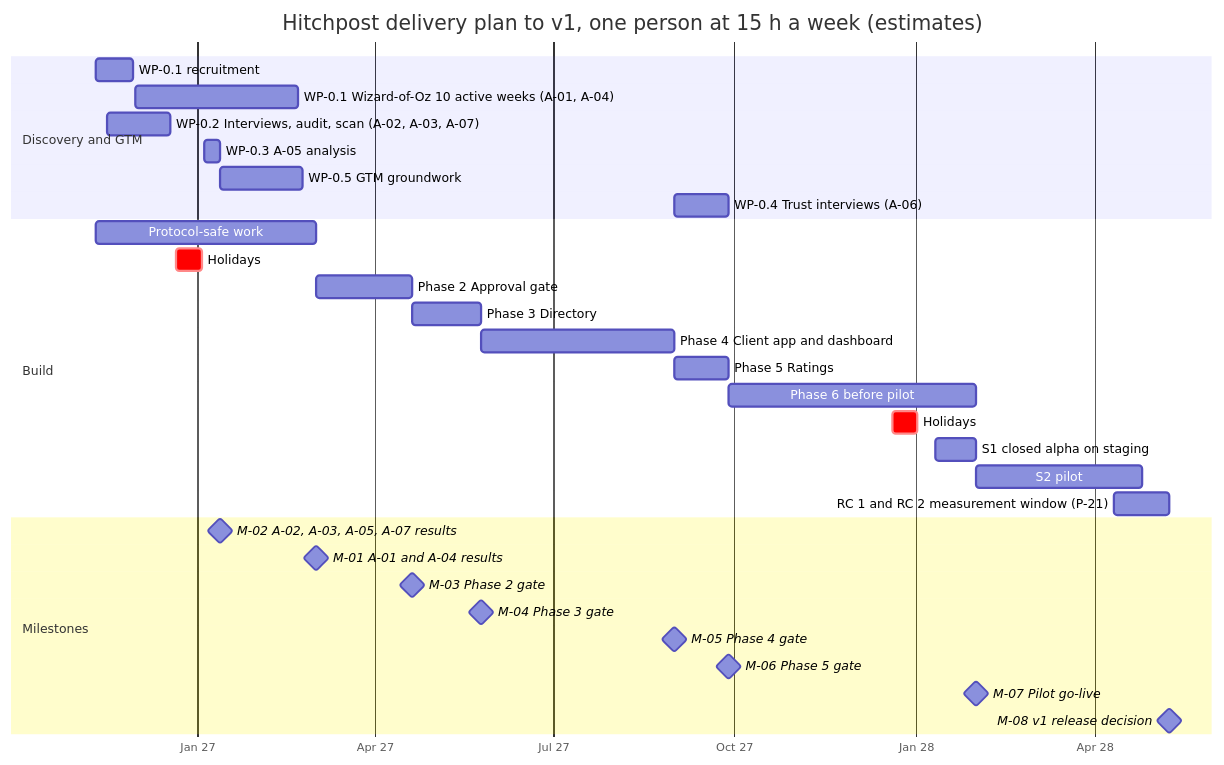
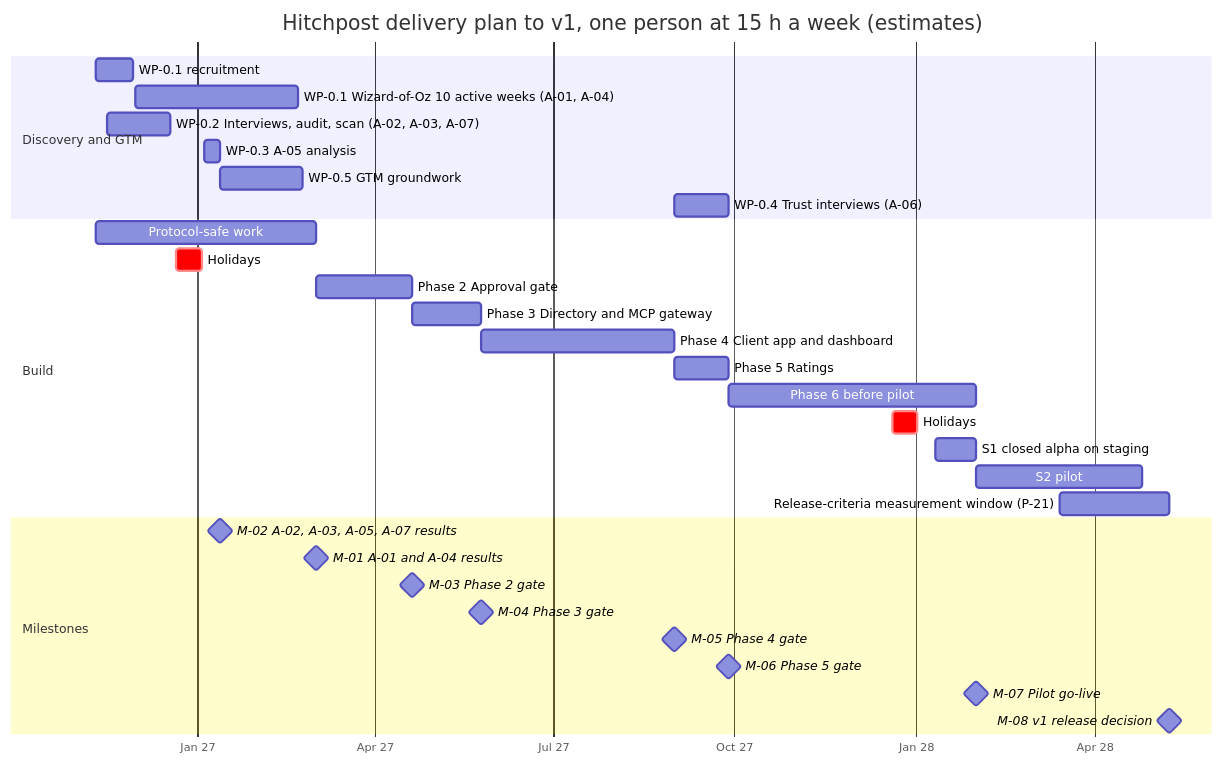
The diagram in docs/sad/16-project-plan.md (Jannisar01/hitchpost), drawn with Mermaid before and after one commit. The commit also changed other lines of this file and 39 other files, not shown here.

````diff
--- a/docs/sad/16-project-plan.md
+++ b/docs/sad/16-project-plan.md
@@ -190,34 +200,34 @@
 ```mermaid
 gantt
     title Hitchpost delivery plan to v1, one person at 15 h a week (estimates)
     dateFormat YYYY-MM-DD
     axisFormat %b %y
     section Discovery and GTM
     WP-0.1 recruitment                            :d0, 2026-11-10, 2026-11-29
     WP-0.1 Wizard-of-Oz 10 active weeks (A-01, A-04) :d1, 2026-11-30, 2027-02-21
     WP-0.2 Interviews, audit, scan (A-02, A-03, A-07) :d2, 2026-11-16, 2026-12-18
     WP-0.3 A-05 analysis                          :d3, 2027-01-04, 2027-01-12
     WP-0.5 GTM groundwork                         :d5, 2027-01-12, 2027-02-23
     WP-0.4 Trust interviews (A-06)                :d4, 2027-08-31, 2027-09-28
     section Build
     Protocol-safe work                            :b0, 2026-11-10, 2027-03-02
     Holidays                                      :crit, h1, 2026-12-21, 2027-01-03
     Phase 2 Approval gate                         :p2, 2027-03-02, 2027-04-20
-    Phase 3 Directory                             :p3, 2027-04-20, 2027-05-25
+    Phase 3 Directory and MCP gateway             :p3, 2027-04-20, 2027-05-25
     Phase 4 Client app and dashboard              :p4, 2027-05-25, 2027-08-31
     Phase 5 Ratings                               :p5, 2027-08-31, 2027-09-28
     Phase 6 before pilot                          :p6, 2027-09-28, 2028-02-01
     Holidays                                      :crit, h2, 2027-12-20, 2028-01-02
     S1 closed alpha on staging                    :s1, 2028-01-11, 2028-02-01
     S2 pilot                                      :s2, 2028-02-01, 2028-04-25
-    RC 1 and RC 2 measurement window (P-21)       :rc, 2028-04-11, 2028-05-09
+    Release-criteria measurement window (P-21)    :rc, 2028-03-14, 2028-05-09
     section Milestones
     M-02 A-02, A-03, A-05, A-07 results           :milestone, m2, 2027-01-12, 0d
     M-01 A-01 and A-04 results                    :milestone, m1, 2027-03-02, 0d
     M-03 Phase 2 gate                             :milestone, m3, 2027-04-20, 0d
     M-04 Phase 3 gate                             :milestone, m4, 2027-05-25, 0d
     M-05 Phase 4 gate                             :milestone, m5, 2027-08-31, 0d
     M-06 Phase 5 gate                             :milestone, m6, 2027-09-28, 0d
     M-07 Pilot go-live                            :milestone, m7, 2028-02-01, 0d
     M-08 v1 release decision                      :milestone, m8, 2028-05-09, 0d
 ```
````
